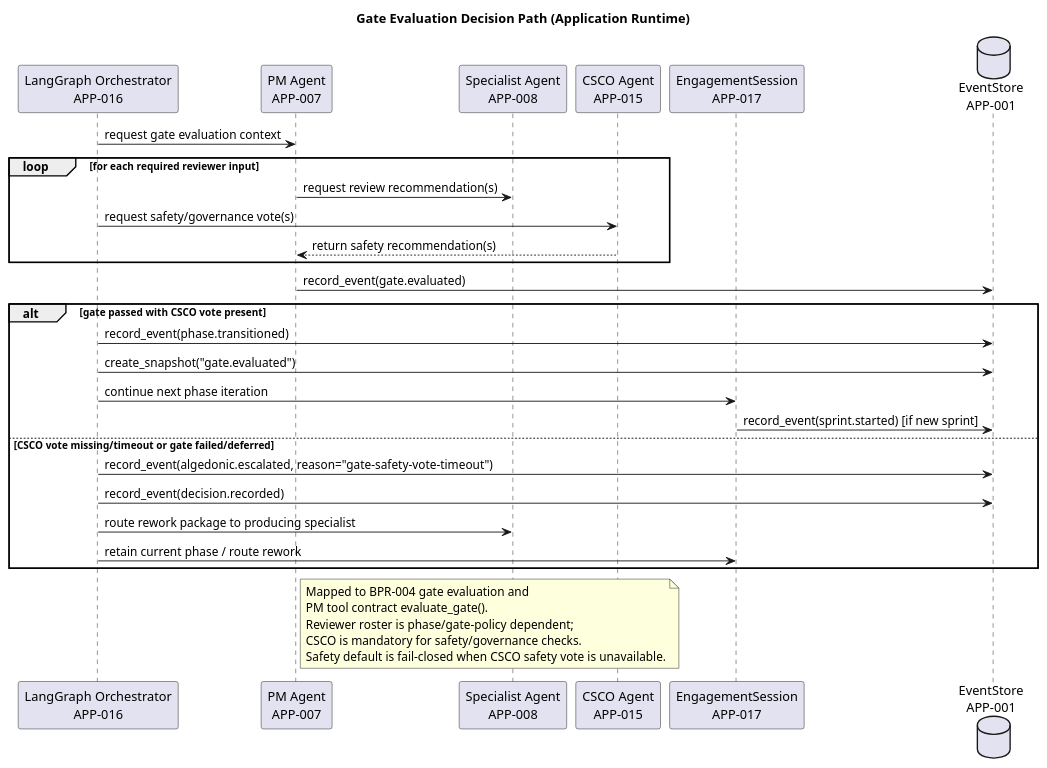
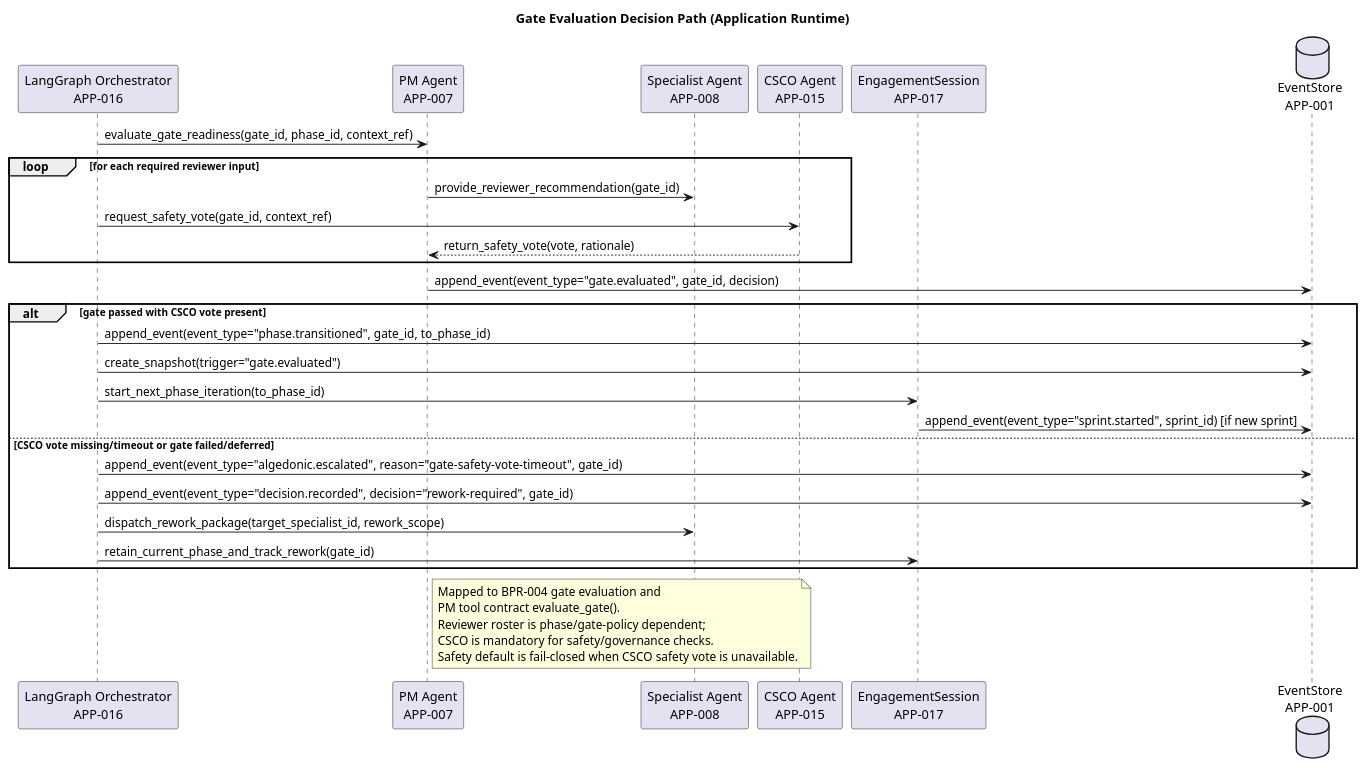
One commit to mbauer83/sdlc-multi-agent-system changed the diagram in engagements/ENG-001/work-repositories/architecture-repository/diagram-catalog/diagrams/runtime-sequence-gate-evaluation-decision-path-v1.puml. Above: the diagram before and after it, drawn with PlantUML. The commit also changed 38 other files, not shown here.

```diff
--- a/engagements/ENG-001/work-repositories/architecture-repository/diagram-catalog/diagrams/runtime-sequence-gate-evaluation-decision-path-v1.puml
+++ b/engagements/ENG-001/work-repositories/architecture-repository/diagram-catalog/diagrams/runtime-sequence-gate-evaluation-decision-path-v1.puml
@@ -27,38 +27,38 @@
 @startuml runtime-sequence-gate-evaluation-decision-path-v1
 title Gate Evaluation Decision Path (Application Runtime)
 
 participant "LangGraph Orchestrator\nAPP-016" as APP_016
 participant "PM Agent\nAPP-007" as APP_007
 participant "Specialist Agent\nAPP-008" as APP_008
 participant "CSCO Agent\nAPP-015" as APP_015
 participant "EngagementSession\nAPP-017" as APP_017
 database "EventStore\nAPP-001" as APP_001
 
-APP_016 -> APP_007: request gate evaluation context
+APP_016 -> APP_007: evaluate_gate_readiness(gate_id, phase_id, context_ref)
 loop for each required reviewer input
-  APP_007 -> APP_008: request review recommendation(s)
-  APP_016 -> APP_015: request safety/governance vote(s)
-  APP_015 --> APP_007: return safety recommendation(s)
+  APP_007 -> APP_008: provide_reviewer_recommendation(gate_id)
+  APP_016 -> APP_015: request_safety_vote(gate_id, context_ref)
+  APP_015 --> APP_007: return_safety_vote(vote, rationale)
 end
-APP_007 -> APP_001: record_event(gate.evaluated)
+APP_007 -> APP_001: append_event(event_type="gate.evaluated", gate_id, decision)
 
 alt gate passed with CSCO vote present
-  APP_016 -> APP_001: record_event(phase.transitioned)
-  APP_016 -> APP_001: create_snapshot("gate.evaluated")
-  APP_016 -> APP_017: continue next phase iteration
-  APP_017 -> APP_001: record_event(sprint.started) [if new sprint]
+  APP_016 -> APP_001: append_event(event_type="phase.transitioned", gate_id, to_phase_id)
+  APP_016 -> APP_001: create_snapshot(trigger="gate.evaluated")
+  APP_016 -> APP_017: start_next_phase_iteration(to_phase_id)
+  APP_017 -> APP_001: append_event(event_type="sprint.started", sprint_id) [if new sprint]
 else CSCO vote missing/timeout or gate failed/deferred
-  APP_016 -> APP_001: record_event(algedonic.escalated, reason="gate-safety-vote-timeout")
-  APP_016 -> APP_001: record_event(decision.recorded)
-  APP_016 -> APP_008: route rework package to producing specialist
-  APP_016 -> APP_017: retain current phase / route rework
+  APP_016 -> APP_001: append_event(event_type="algedonic.escalated", reason="gate-safety-vote-timeout", gate_id)
+  APP_016 -> APP_001: append_event(event_type="decision.recorded", decision="rework-required", gate_id)
+  APP_016 -> APP_008: dispatch_rework_package(target_specialist_id, rework_scope)
+  APP_016 -> APP_017: retain_current_phase_and_track_rework(gate_id)
 end
 
 note right of APP_007
 Mapped to BPR-004 gate evaluation and
 PM tool contract evaluate_gate().
 Reviewer roster is phase/gate-policy dependent;
 CSCO is mandatory for safety/governance checks.
 Safety default is fail-closed when CSCO safety vote is unavailable.
 end note
 @enduml
```
